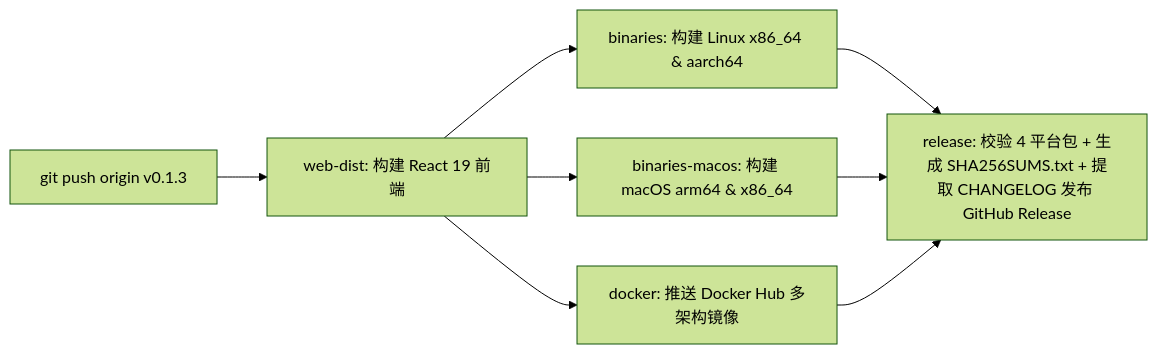
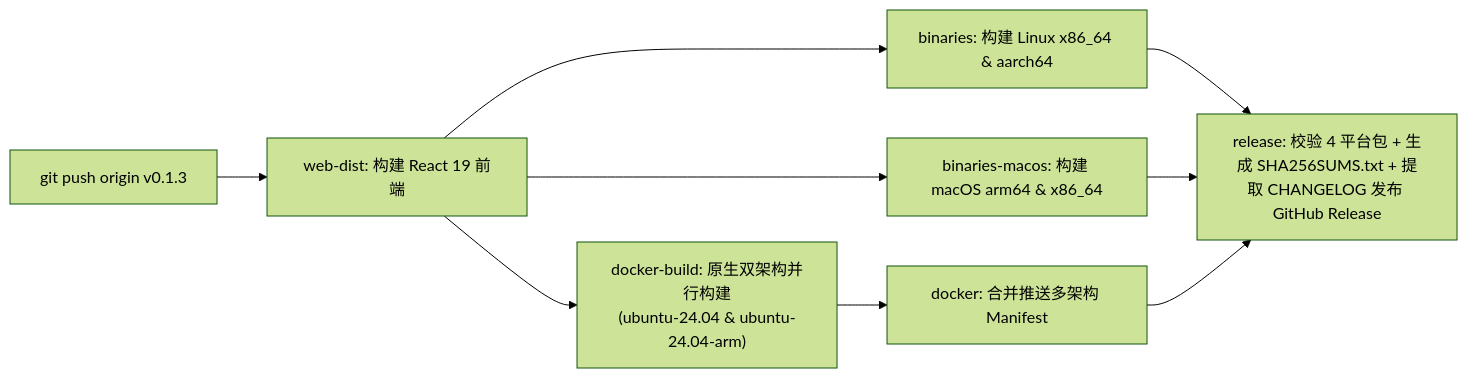
The diagram in docs/zh/reference/releasing.md (ElleryHe/FeedCourier), drawn with Mermaid (forest theme) before and after one commit. The commit also changed other lines of this file and 4 other files, not shown here.

````diff
--- a/docs/zh/reference/releasing.md
+++ b/docs/zh/reference/releasing.md
@@ -35,8 +35,9 @@
 ```mermaid
 flowchart LR
     Tag["git push origin v0.1.3"] --> Web["web-dist: 构建 React 19 前端"]
     Web --> Linux["binaries: 构建 Linux x86_64 & aarch64"]
     Web --> Mac["binaries-macos: 构建 macOS arm64 & x86_64"]
-    Web --> Docker["docker: 推送 Docker Hub 多架构镜像"]
+    Web --> DockerBuild["docker-build: 原生双架构并行构建\n(ubuntu-24.04 & ubuntu-24.04-arm)"]
+    DockerBuild --> Docker["docker: 合并推送多架构 Manifest"]
     Linux & Mac & Docker --> Rel["release: 校验 4 平台包 + 生成 SHA256SUMS.txt + 提取 CHANGELOG 发布 GitHub Release"]
 ```
````
